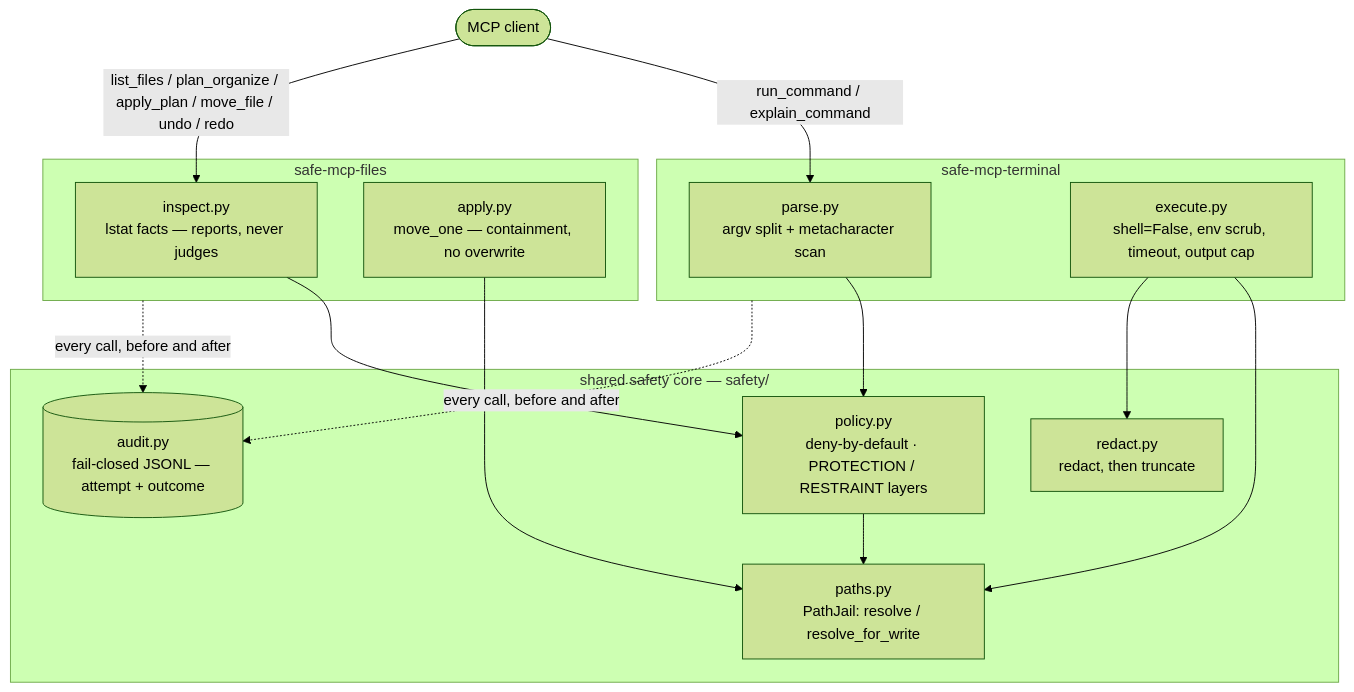
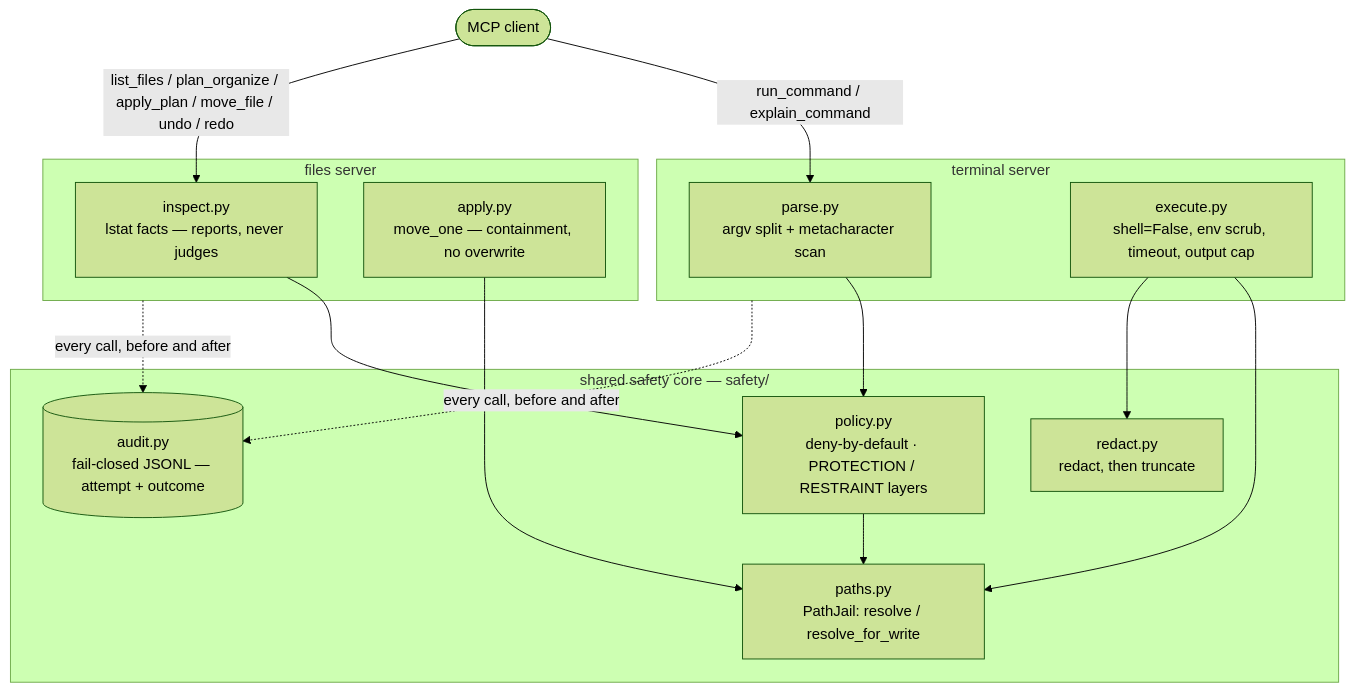
The diagram in README.new.md (Asaad-Suliman/safe-mcp-suite), drawn with Mermaid (forest theme) before and after one commit. The commit also changed other lines of this file, not shown here.

````diff
--- a/README.new.md
+++ b/README.new.md
@@ -199,34 +199,34 @@
 ```mermaid
 flowchart TB
     client(["MCP client"])
 
-    subgraph terminal["safe-mcp-terminal"]
+    subgraph terminal["terminal server"]
         tparse["parse.py<br/>argv split + metacharacter scan"]
         texec["execute.py<br/>shell=False, env scrub, timeout, output cap"]
     end
 
-    subgraph files["safe-mcp-files"]
+    subgraph files["files server"]
         finspect["inspect.py<br/>lstat facts — reports, never judges"]
         fapply["apply.py<br/>move_one — containment, no overwrite"]
     end
 
     subgraph core["shared safety core — safety/"]
         policy["policy.py<br/>deny-by-default · PROTECTION / RESTRAINT layers"]
         paths["paths.py<br/>PathJail: resolve / resolve_for_write"]
         redact["redact.py<br/>redact, then truncate"]
         audit[("audit.py<br/>fail-closed JSONL — attempt + outcome")]
     end
 
     client -->|run_command / explain_command| tparse
     client -->|list_files / plan_organize / apply_plan / move_file / undo / redo| finspect
 
     tparse --> policy
     finspect --> policy
     policy --> paths
     texec --> paths
     fapply --> paths
     texec --> redact
 
     terminal -.->|every call, before and after| audit
     files -.->|every call, before and after| audit
 ```
````
